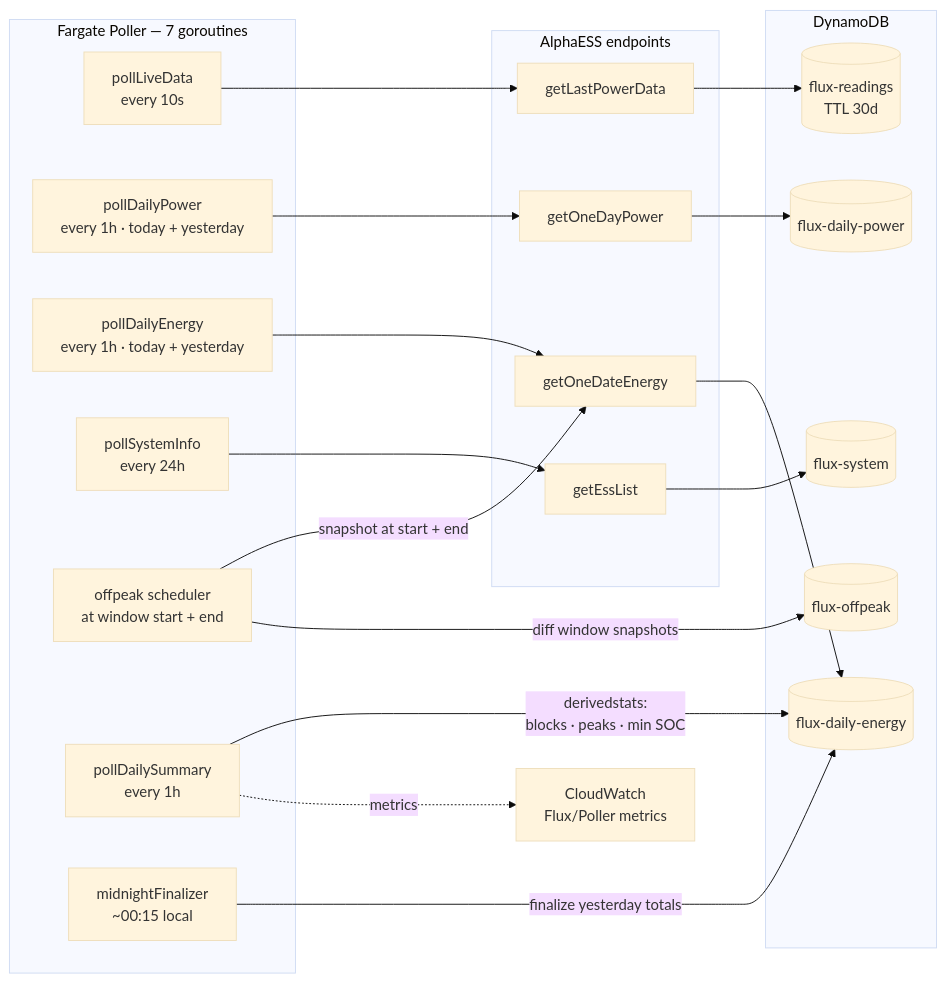
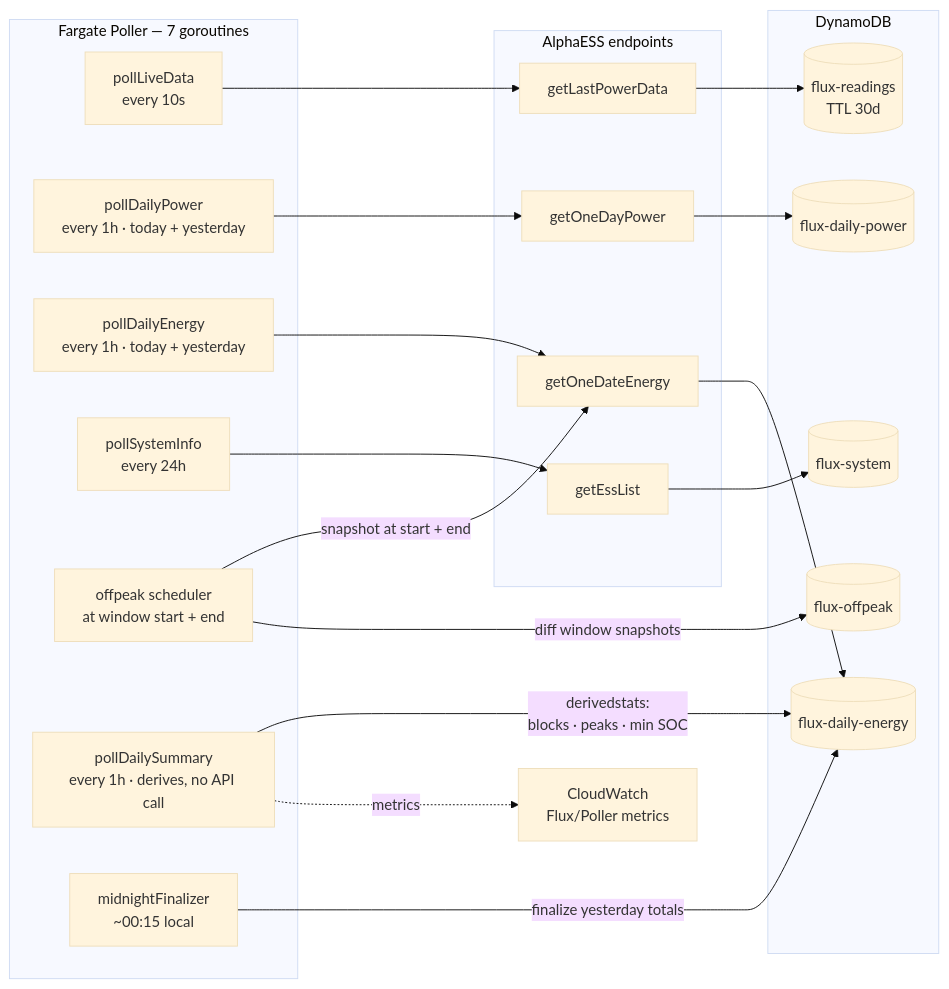
One commit to ArjenSchwarz/flux changed the fourth of 8 diagrams in docs/architecture-diagrams.md. Above: the diagram before and after it, drawn with Mermaid (base theme). The commit also changed other lines of this file and 2 other files, not shown here.

First line of the commit message:
[doc]: Address review — sync table count, fix infra diagram

````diff
--- a/docs/architecture-diagrams.md
+++ b/docs/architecture-diagrams.md
@@ -159,39 +166,39 @@
 ```mermaid
 flowchart LR
     subgraph poller["Fargate Poller — 7 goroutines"]
         g1["pollLiveData<br/>every 10s"]
         g2["pollDailyPower<br/>every 1h · today + yesterday"]
         g3["pollDailyEnergy<br/>every 1h · today + yesterday"]
         g4["pollSystemInfo<br/>every 24h"]
         g5["offpeak scheduler<br/>at window start + end"]
-        g6["pollDailySummary<br/>every 1h"]
+        g6["pollDailySummary<br/>every 1h · derives, no API call"]
         g7["midnightFinalizer<br/>~00:15 local"]
     end
 
     subgraph alpha["AlphaESS endpoints"]
         e1["getLastPowerData"]
         e2["getOneDayPower"]
         e3["getOneDateEnergy"]
         e4["getEssList"]
     end
 
     subgraph ddb["DynamoDB"]
         d1[("flux-readings<br/>TTL 30d")]
         d2[("flux-daily-power")]
         d3[("flux-daily-energy")]
         d4[("flux-system")]
         d5[("flux-offpeak")]
     end
 
     cw["CloudWatch<br/>Flux/Poller metrics"]
 
     g1 --> e1 --> d1
     g2 --> e2 --> d2
     g3 --> e3 --> d3
     g4 --> e4 --> d4
     g5 -->|"snapshot at start + end"| e3
     g5 -->|"diff window snapshots"| d5
     g6 -->|"derivedstats:<br/>blocks · peaks · min SOC"| d3
     g6 -.->|metrics| cw
     g7 -->|"finalize yesterday totals"| d3
 ```
````
